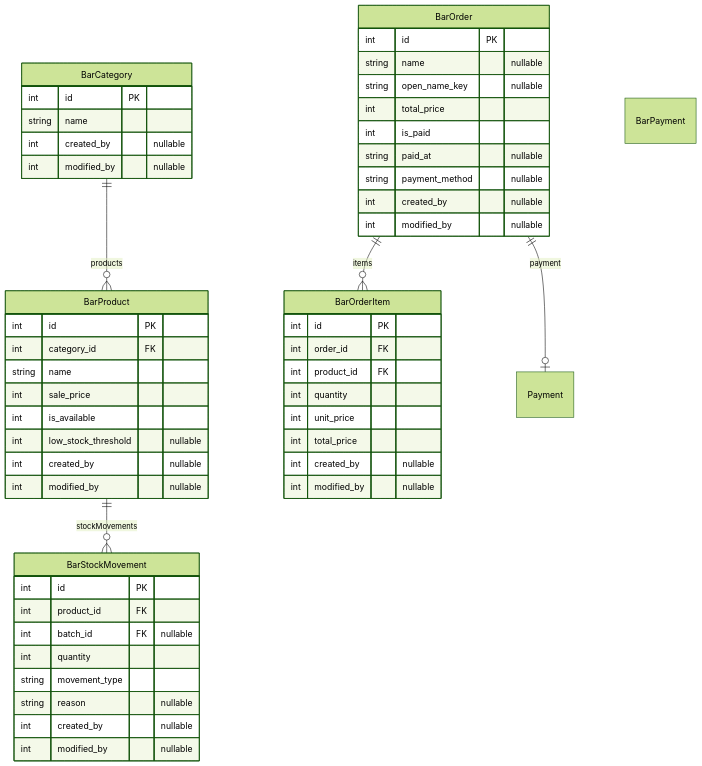
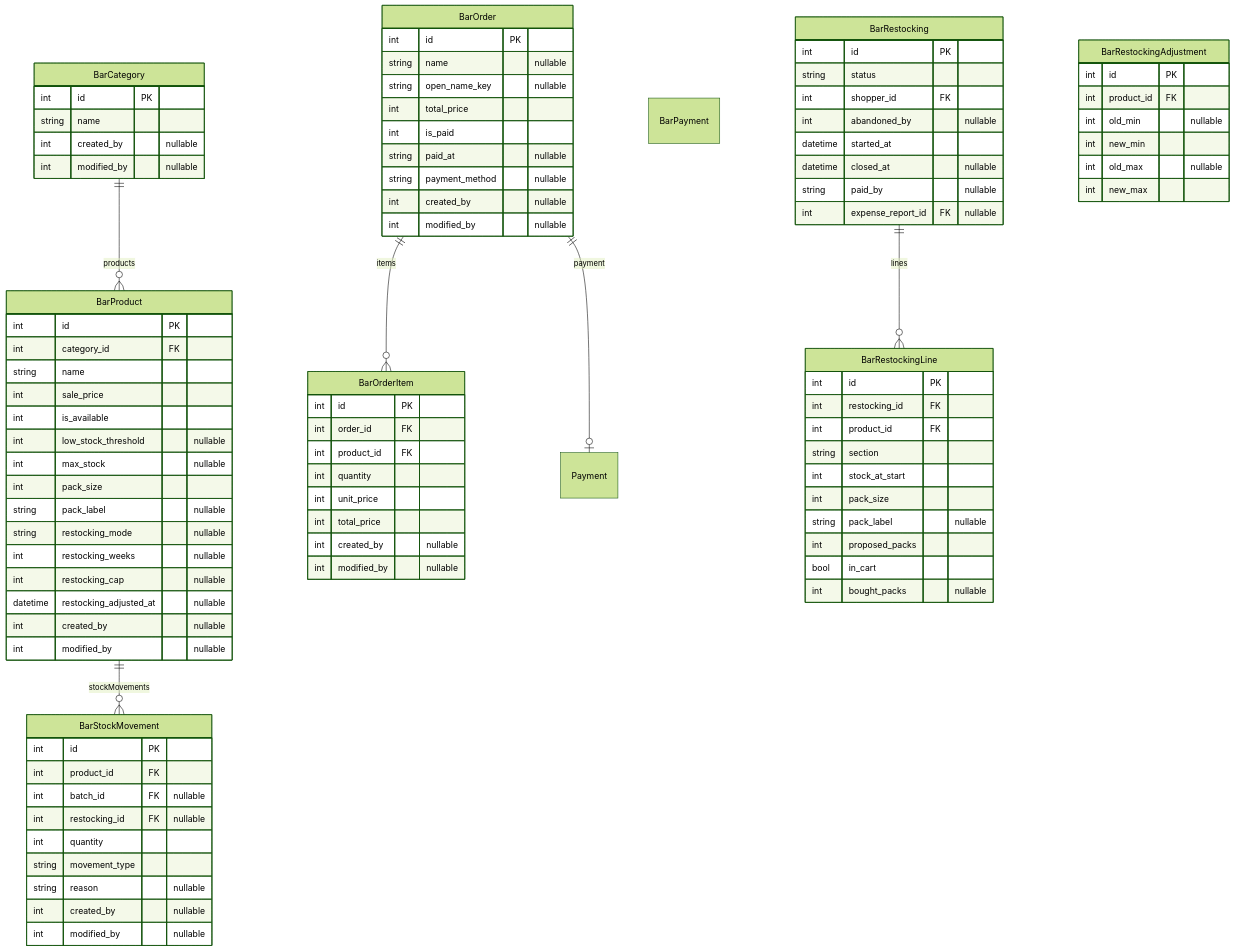
One commit to Paupoo/tabletennisclub-app changed the diagram in docs/erd/bar.md. Above: the diagram before and after it, drawn with Mermaid (forest theme). The commit also changed 1 other file, not shown here.

Commit message:
docs(erd): catch up with the bar restocking tables
The restocking lot added its tables and columns without regenerating the
diagrams; php artisan docs:erd brings them back in step.

````diff
--- a/docs/erd/bar.md
+++ b/docs/erd/bar.md
@@ -38,13 +38,51 @@
         int sale_price
         int is_available
         int low_stock_threshold "nullable"
+        int max_stock "nullable"
+        int pack_size
+        string pack_label "nullable"
+        string restocking_mode "nullable"
+        int restocking_weeks "nullable"
+        int restocking_cap "nullable"
+        datetime restocking_adjusted_at "nullable"
         int created_by "nullable"
         int modified_by "nullable"
+    }
+    BarRestocking {
+        int id PK
+        string status
+        int shopper_id FK
+        int abandoned_by "nullable"
+        datetime started_at
+        datetime closed_at "nullable"
+        string paid_by "nullable"
+        int expense_report_id FK "nullable"
+    }
+    BarRestockingAdjustment {
+        int id PK
+        int product_id FK
+        int old_min "nullable"
+        int new_min
+        int old_max "nullable"
+        int new_max
+    }
+    BarRestockingLine {
+        int id PK
+        int restocking_id FK
+        int product_id FK
+        string section
+        int stock_at_start
+        int pack_size
+        string pack_label "nullable"
+        int proposed_packs
+        bool in_cart
+        int bought_packs "nullable"
     }
     BarStockMovement {
         int id PK
         int product_id FK
         int batch_id FK "nullable"
+        int restocking_id FK "nullable"
         int quantity
         string movement_type
         string reason "nullable"
@@ -56,4 +94,5 @@
     BarOrder ||--o{ BarOrderItem : "items"
     BarOrder ||--o| Payment : "payment"
     BarProduct ||--o{ BarStockMovement : "stockMovements"
+    BarRestocking ||--o{ BarRestockingLine : "lines"
 ```
````
